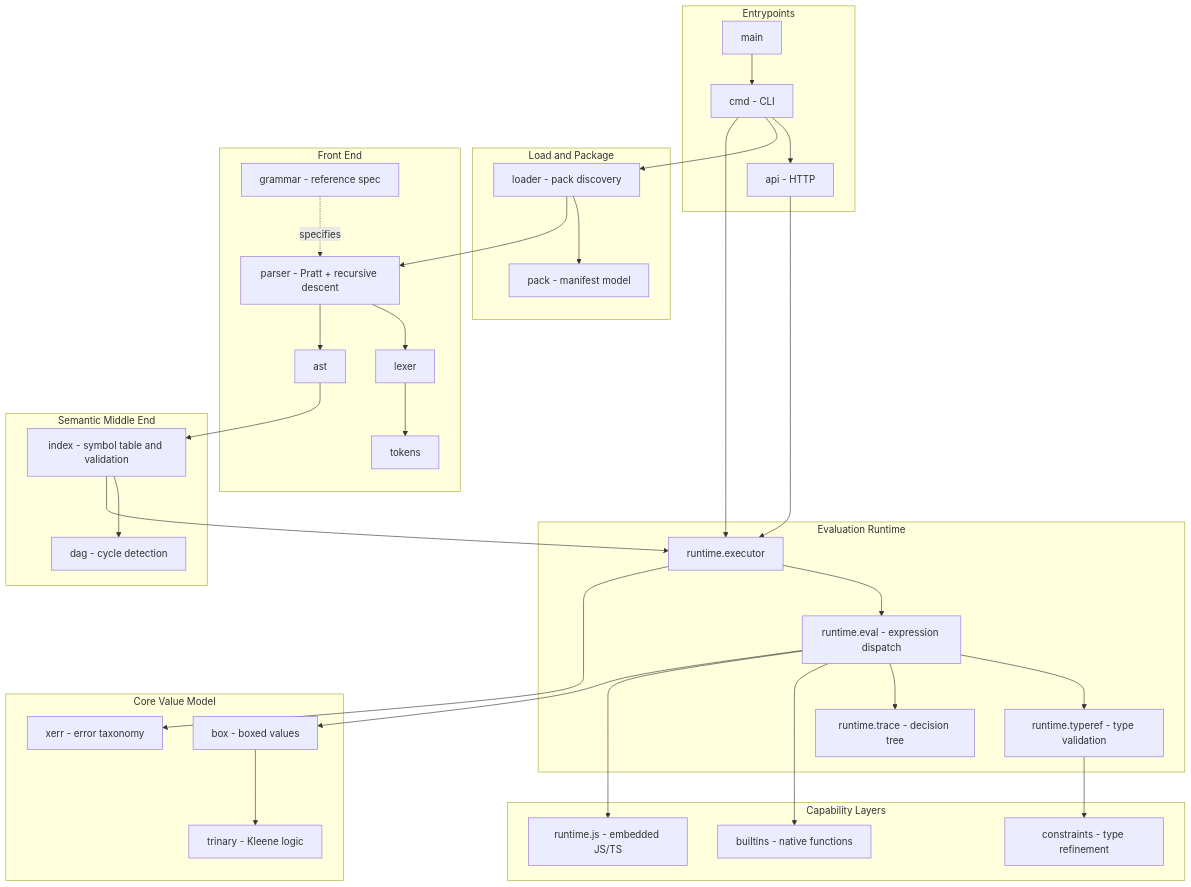
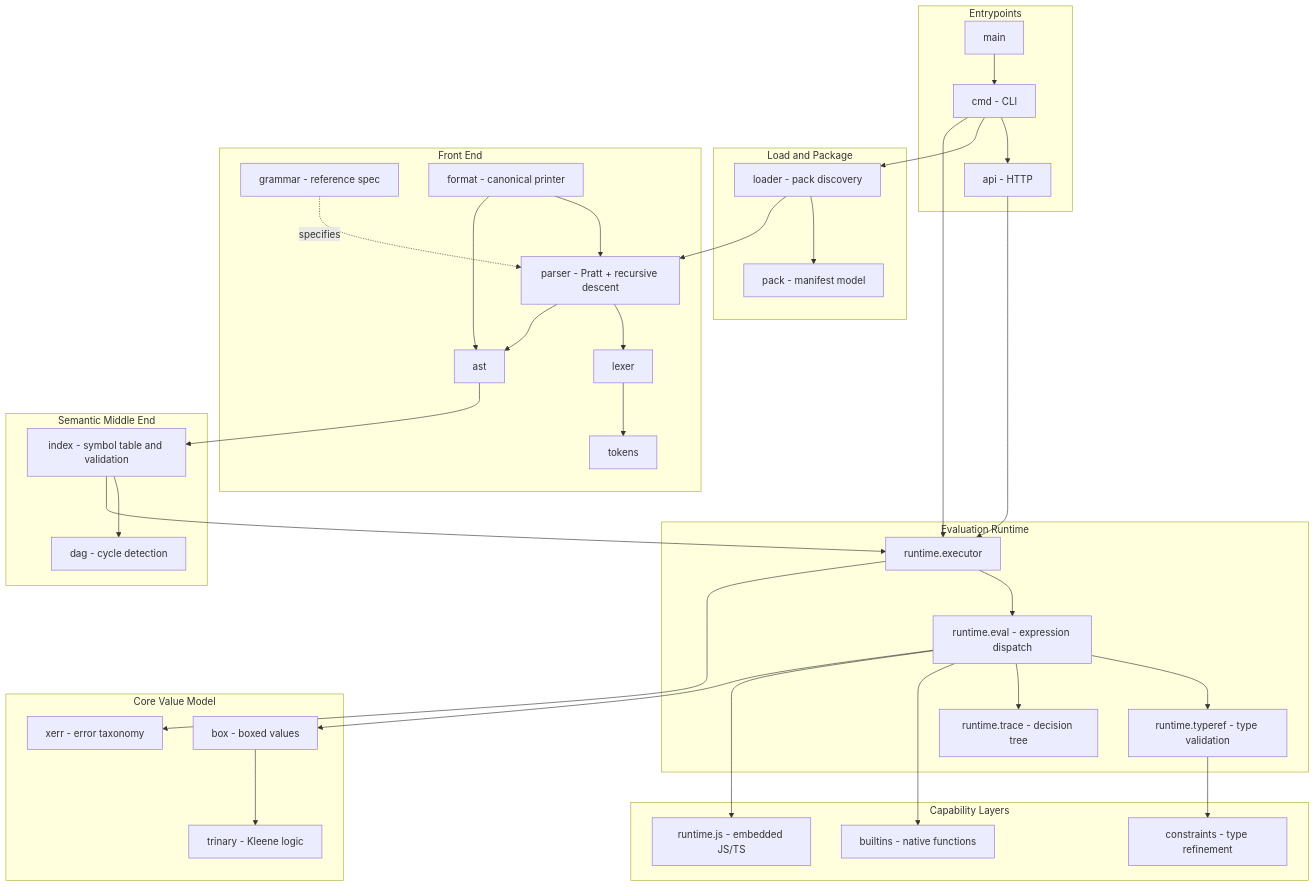
Before and after one commit to sentrie-sh/sentrie: the diagram in docs/codebase-graph/overview.md, drawn with Mermaid. The commit also changed other lines of this file and 32 other files, not shown here.

````diff
--- a/docs/codebase-graph/overview.md
+++ b/docs/codebase-graph/overview.md
@@ -110,74 +110,77 @@
 ```mermaid
 graph TD
     subgraph Entry["Entrypoints"]
         MAIN[main]
         CMD[cmd - CLI]
         API[api - HTTP]
     end
 
     subgraph Load["Load and Package"]
         PACK[pack - manifest model]
         LOADER[loader - pack discovery]
     end
 
     subgraph Front["Front End"]
         LEXER[lexer]
         TOKENS[tokens]
         PARSER[parser - Pratt + recursive descent]
         AST[ast]
         GRAMMAR[grammar - reference spec]
+        FORMAT[format - canonical printer]
     end
 
     subgraph Middle["Semantic Middle End"]
         INDEX[index - symbol table and validation]
         DAG[dag - cycle detection]
     end
 
     subgraph Back["Evaluation Runtime"]
         EXEC[runtime.executor]
         EVAL[runtime.eval - expression dispatch]
         TYPEREF[runtime.typeref - type validation]
         TRACE[runtime.trace - decision tree]
     end
 
     subgraph Capability["Capability Layers"]
         BUILTINS[builtins - native functions]
         CONSTRAINTS[constraints - type refinement]
         JS[runtime.js - embedded JS/TS]
     end
 
     subgraph Core["Core Value Model"]
         BOX[box - boxed values]
         TRINARY[trinary - Kleene logic]
         XERR[xerr - error taxonomy]
     end
 
     MAIN --> CMD
     CMD --> API
     CMD --> LOADER
     LOADER --> PACK
     LOADER --> PARSER
 
     LEXER --> TOKENS
     PARSER --> LEXER
     PARSER --> AST
     GRAMMAR -.specifies.-> PARSER
+    FORMAT --> PARSER
+    FORMAT --> AST
 
     AST --> INDEX
     INDEX --> DAG
 
     INDEX --> EXEC
     API --> EXEC
     CMD --> EXEC
 
     EXEC --> EVAL
     EVAL --> TYPEREF
     EVAL --> TRACE
     EVAL --> BUILTINS
     EVAL --> JS
     TYPEREF --> CONSTRAINTS
 
     EVAL --> BOX
     BOX --> TRINARY
     EXEC --> XERR
 ```
````
